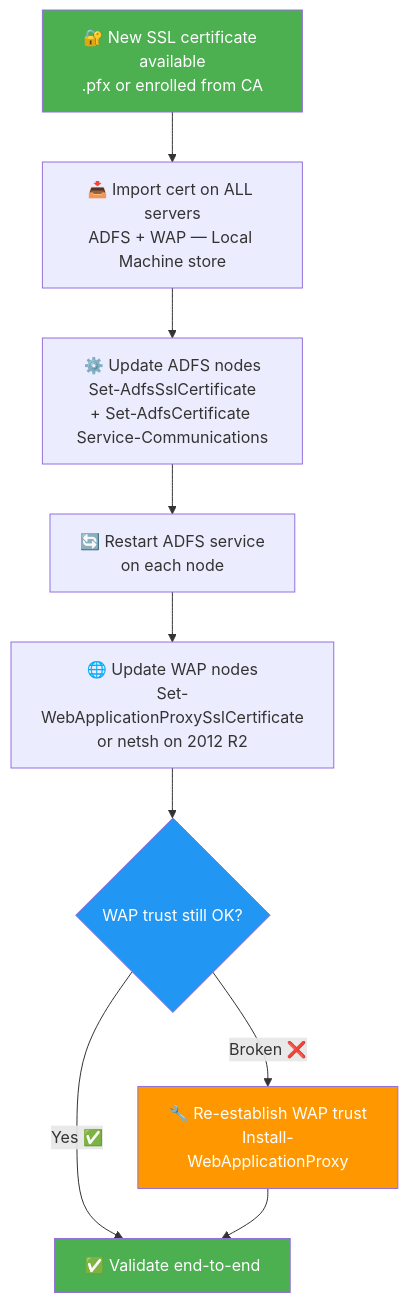
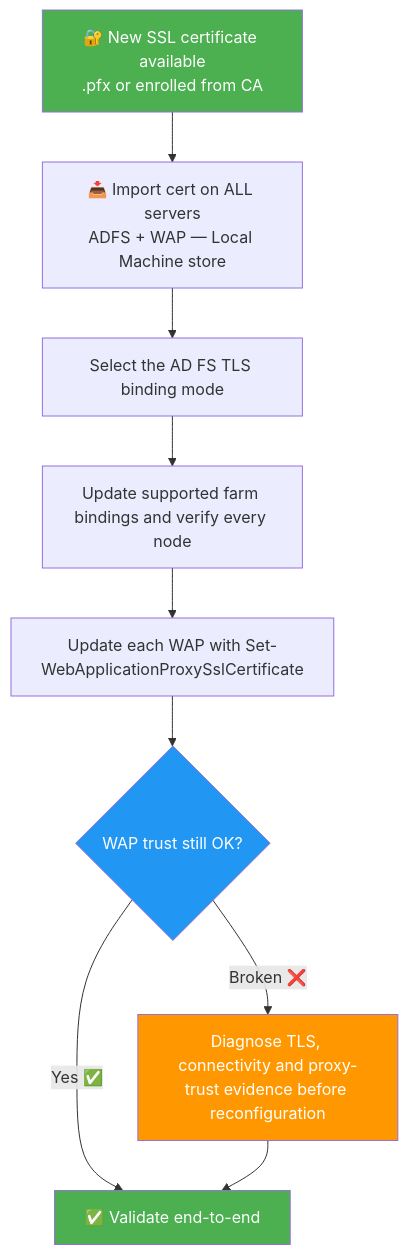
Before and after one commit to 0xMati/Tech-Blog: the diagram in 070 - ADFS/How-to/ADFS and WAP - Replace SSL Certificate.md, drawn with Mermaid. The commit also changed other lines of this file and 13 other files, not shown here.

````diff
--- a/070 - ADFS/How-to/ADFS and WAP - Replace SSL Certificate.md
+++ b/070 - ADFS/How-to/ADFS and WAP - Replace SSL Certificate.md
@@ -29,16 +29,16 @@
 ```mermaid
 flowchart TD
     A[🔐 New SSL certificate available\n.pfx or enrolled from CA] --> B[📥 Import cert on ALL servers\nADFS + WAP — Local Machine store]
-    B --> C[⚙️ Update ADFS nodes\nSet-AdfsSslCertificate\n+ Set-AdfsCertificate Service-Communications]
-    C --> D[🔄 Restart ADFS service\non each node]
-    D --> E[🌐 Update WAP nodes\nSet-WebApplicationProxySslCertificate\nor netsh on 2012 R2]
+    B --> C[Select the AD FS TLS binding mode]
+    C --> D[Update supported farm bindings and verify every node]
+    D --> E[Update each WAP with Set-WebApplicationProxySslCertificate]
     E --> F{WAP trust still OK?}
     F -->|Yes ✅| G[✅ Validate end-to-end]
-    F -->|Broken ❌| H[🔧 Re-establish WAP trust\nInstall-WebApplicationProxy]
+    F -->|Broken ❌| H[Diagnose TLS, connectivity and proxy-trust evidence before reconfiguration]
     H --> G
 
     style A fill:#4CAF50,color:#fff
     style G fill:#4CAF50,color:#fff
     style H fill:#FF9800,color:#fff
     style F fill:#2196F3,color:#fff
 ```
````
